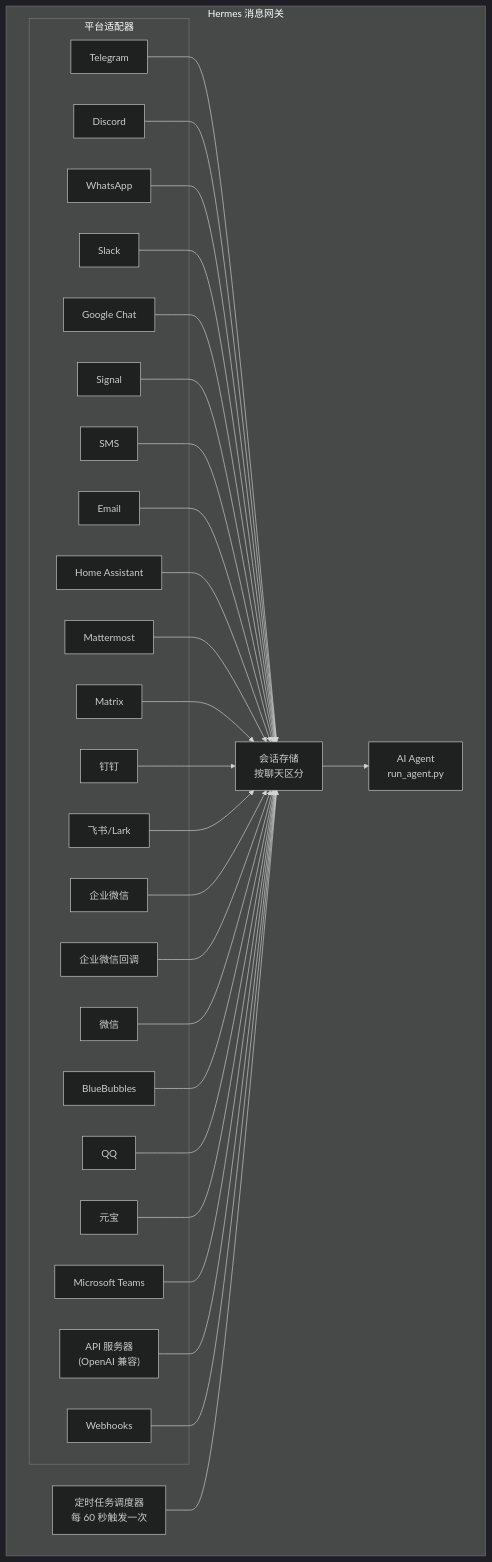
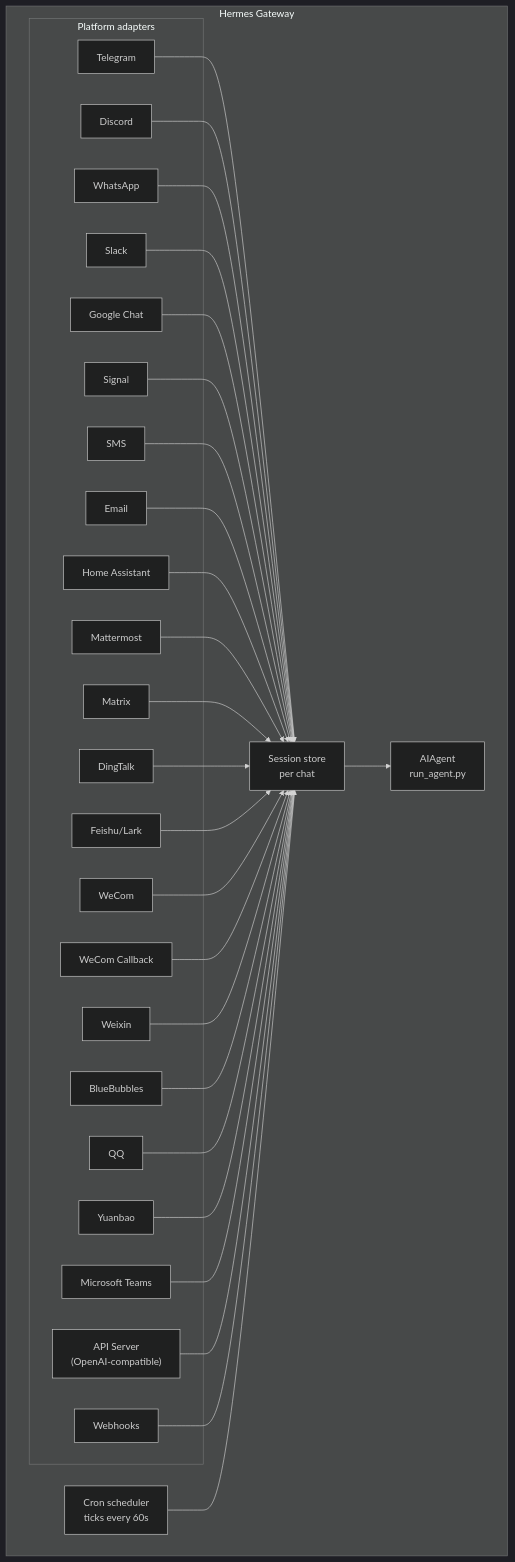
Before and after one commit to lyy0709/hermes-agent-zh: the diagram in translations/docs/user-guide/messaging/index.md, drawn with Mermaid (dark theme). The commit also changed other lines of this file and 28 other files, not shown here.

````diff
--- a/translations/docs/user-guide/messaging/index.md
+++ b/translations/docs/user-guide/messaging/index.md
@@ -42,58 +42,58 @@
 ```mermaid
 flowchart TB
-    subgraph Gateway["Hermes 消息网关"]
-        subgraph Adapters["平台适配器"]
+    subgraph Gateway["Hermes Gateway"]
+        subgraph Adapters["Platform adapters"]
             tg[Telegram]
             dc[Discord]
             wa[WhatsApp]
             sl[Slack]
             gc[Google Chat]
             sig[Signal]
             sms[SMS]
             em[Email]
             ha[Home Assistant]
             mm[Mattermost]
             mx[Matrix]
-            dt[钉钉]
-    fs[飞书/Lark]
-    wc[企业微信]
-    wcb[企业微信回调]
-    wx[微信]
+            dt[DingTalk]
+    fs[Feishu/Lark]
+    wc[WeCom]
+    wcb[WeCom Callback]
+    wx[Weixin]
     bb[BlueBubbles]
     qq[QQ]
-    yb[元宝]
+    yb[Yuanbao]
     ms[Microsoft Teams]
-    api["API 服务器<br/>(OpenAI 兼容)"]
+    api["API Server<br/>(OpenAI-compatible)"]
     wh[Webhooks]
         end
 
-        store["会话存储<br/>按聊天区分"]
-        agent["AI Agent<br/>run_agent.py"]
-        cron["定时任务调度器<br/>每 60 秒触发一次"]
+        store["Session store<br/>per chat"]
+        agent["AIAgent<br/>run_agent.py"]
+        cron["Cron scheduler<br/>ticks every 60s"]
     end
 
     tg --> store
     dc --> store
     wa --> store
     sl --> store
     gc --> store
     sig --> store
     sms --> store
     em --> store
     ha --> store
     mm --> store
     mx --> store
     dt --> store
     fs --> store
     wc --> store
     wcb --> store
     wx --> store
     bb --> store
     qq --> store
     yb --> store
     ms --> store
     api --> store
     wh --> store
     store --> agent
     cron --> store
 ```
````
